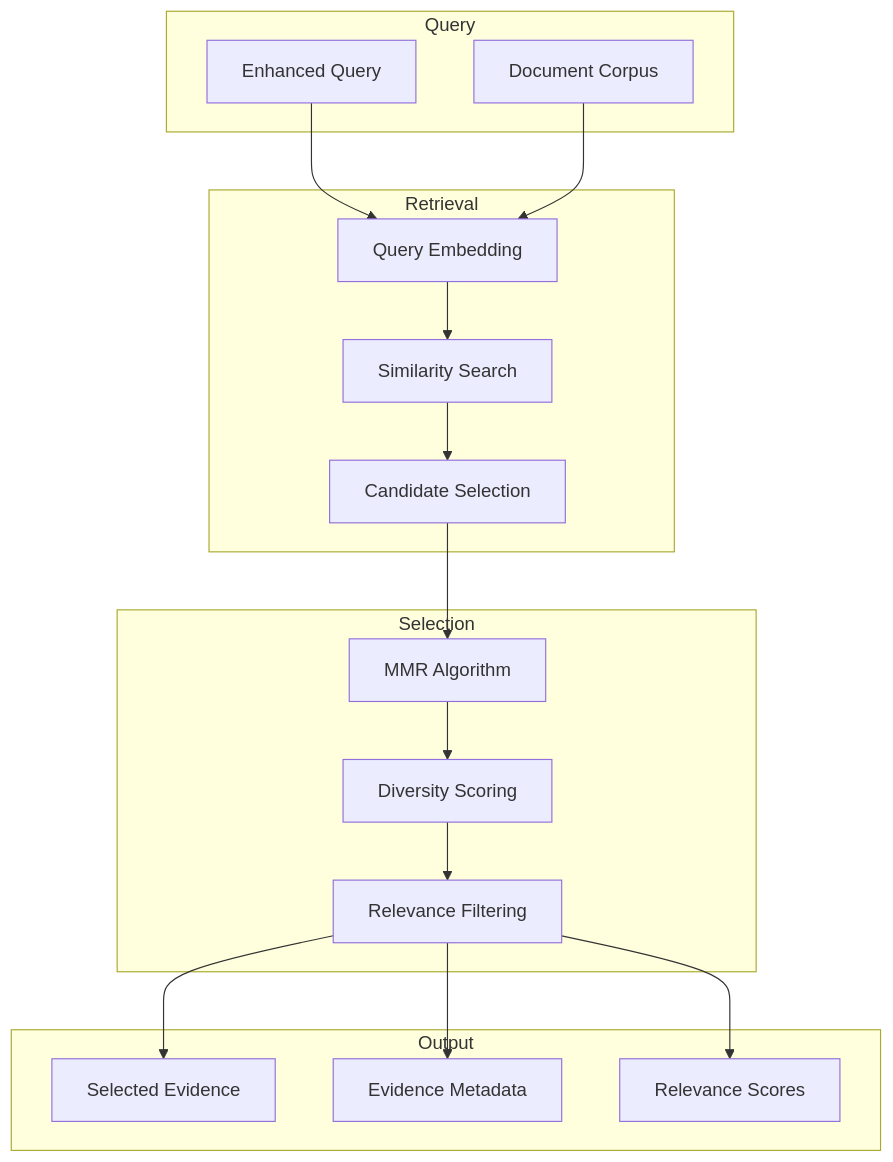
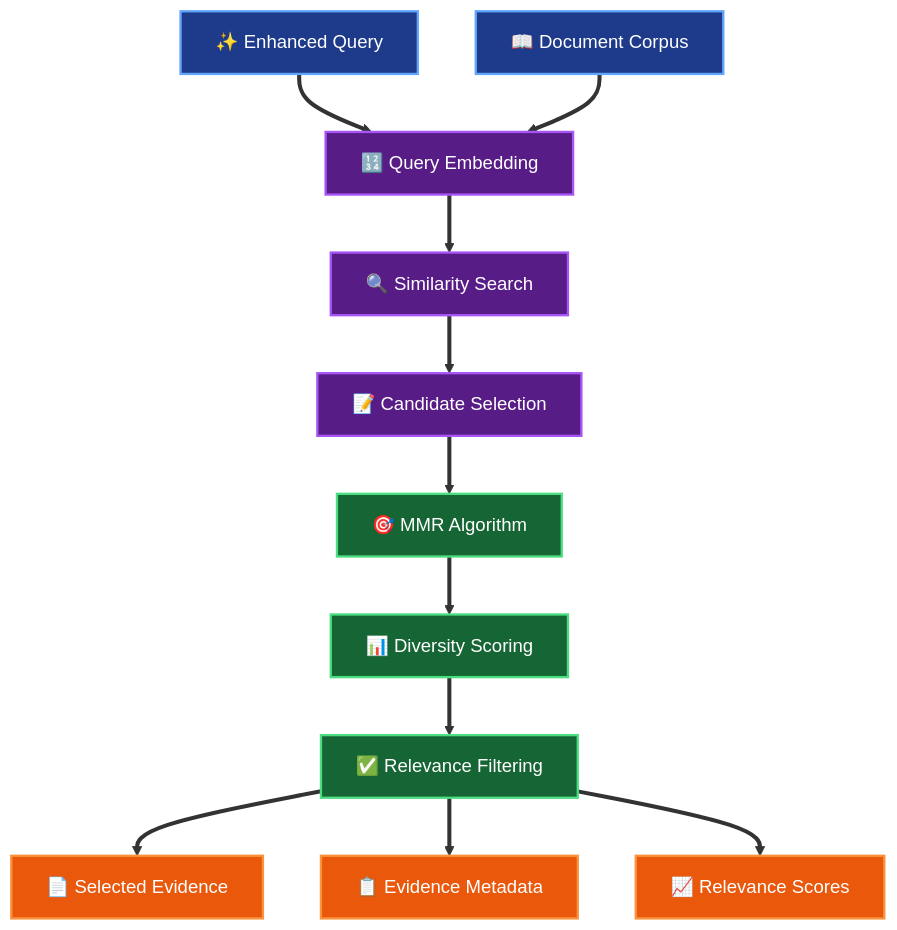
One commit to usathyan/paper-qa-ui changed the tenth of 18 diagrams in docs/DEVELOPER.md. Above: the diagram before and after it, drawn with Mermaid. The commit also changed other lines of this file, not shown here.

First line of the commit message:
Enhance third batch of mermaid diagrams with professional styling

````diff
--- a/docs/DEVELOPER.md
+++ b/docs/DEVELOPER.md
@@ -590,36 +597,44 @@
 ```mermaid
-graph TB
-    subgraph "Query"
-        ENHANCED_Q[Enhanced Query]
-        CORPUS[Document Corpus]
-    end
+flowchart TD
+    %% Input Query
+    ENHANCED_Q[✨ Enhanced Query]
+    CORPUS[📖 Document Corpus]
     
-    subgraph "Retrieval"
-        EMBED[Query Embedding]
-        SIMILARITY[Similarity Search]
-        CANDIDATES[Candidate Selection]
-    end
+    %% Retrieval Pipeline
+    EMBED[🔢 Query Embedding]
+    SIMILARITY[🔍 Similarity Search]
+    CANDIDATES[📝 Candidate Selection]
     
-    subgraph "Selection"
-        MMR[MMR Algorithm]
-        DIVERSITY[Diversity Scoring]
-        RELEVANCE[Relevance Filtering]
-    end
+    %% Selection Algorithm
+    MMR[🎯 MMR Algorithm]
+    DIVERSITY[📊 Diversity Scoring]
+    RELEVANCE[✅ Relevance Filtering]
     
-    subgraph "Output"
-        EVIDENCE[Selected Evidence]
-        METADATA[Evidence Metadata]
-        SCORES[Relevance Scores]
-    end
+    %% Output Results
+    EVIDENCE[📄 Selected Evidence]
+    METADATA[📋 Evidence Metadata]
+    SCORES[📈 Relevance Scores]
     
-    ENHANCED_Q --> EMBED
-    CORPUS --> EMBED
-    EMBED --> SIMILARITY
-    SIMILARITY --> CANDIDATES
-    CANDIDATES --> MMR
-    MMR --> DIVERSITY
-    DIVERSITY --> RELEVANCE
-    RELEVANCE --> EVIDENCE
-    RELEVANCE --> METADATA
-    RELEVANCE --> SCORES
+    %% Flow
+    ENHANCED_Q ==> EMBED
+    CORPUS ==> EMBED
+    EMBED ==> SIMILARITY
+    SIMILARITY ==> CANDIDATES
+    CANDIDATES ==> MMR
+    MMR ==> DIVERSITY
+    DIVERSITY ==> RELEVANCE
+    RELEVANCE ==> EVIDENCE
+    RELEVANCE ==> METADATA
+    RELEVANCE ==> SCORES
+    
+    %% Styling
+    classDef queryStyle fill:#1e3a8a,stroke:#60a5fa,stroke-width:2px,color:#ffffff
+    classDef retrievalStyle fill:#581c87,stroke:#a855f7,stroke-width:2px,color:#ffffff
+    classDef selectionStyle fill:#166534,stroke:#4ade80,stroke-width:2px,color:#ffffff
+    classDef outputStyle fill:#ea580c,stroke:#fb923c,stroke-width:2px,color:#ffffff
+    
+    class ENHANCED_Q,CORPUS queryStyle
+    class EMBED,SIMILARITY,CANDIDATES retrievalStyle
+    class MMR,DIVERSITY,RELEVANCE selectionStyle
+    class EVIDENCE,METADATA,SCORES outputStyle
 ```
````
